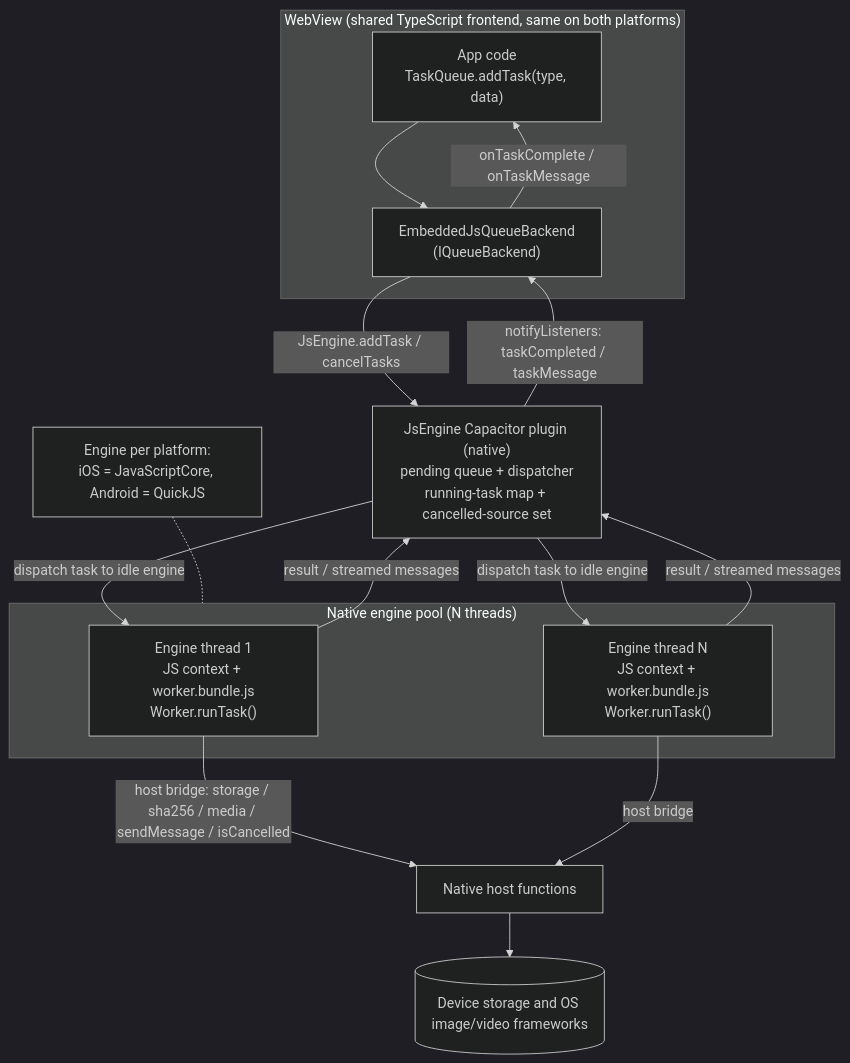
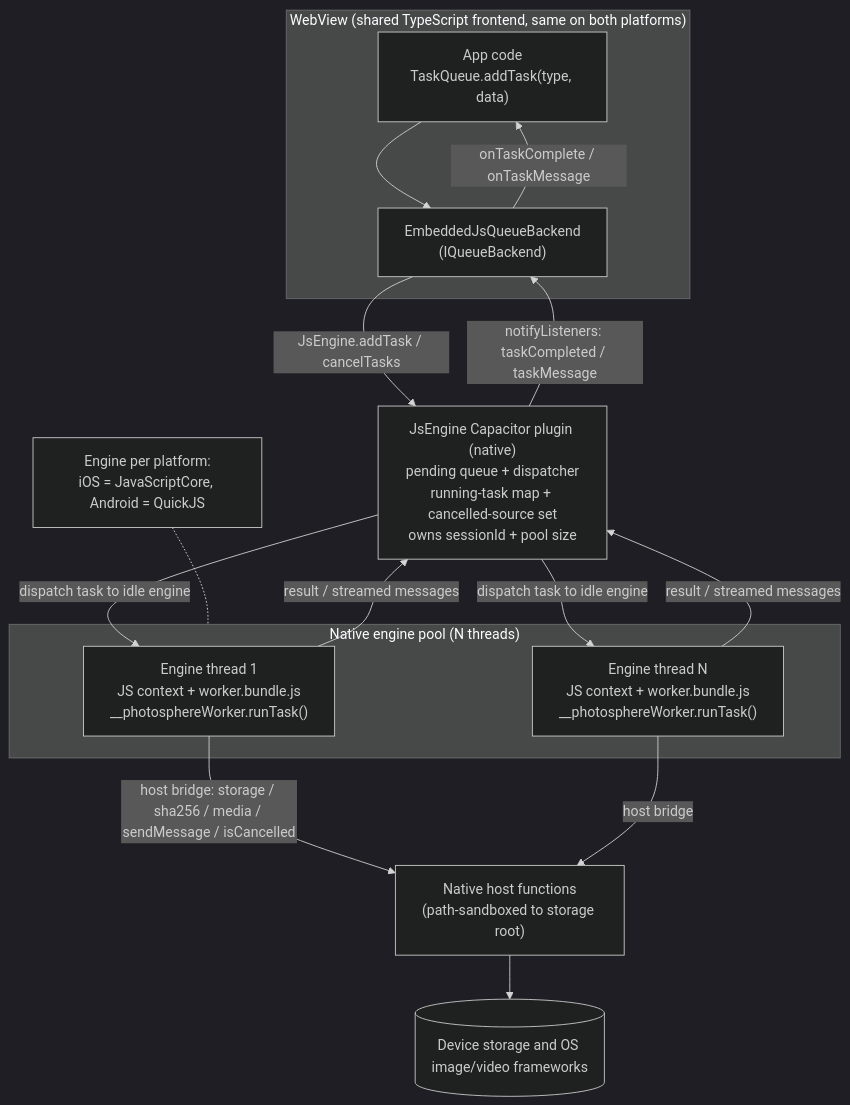
The diagram in docs/plans/new/plan-mobile-background-tasks-options.md (ashleydavis/photosphere), drawn with Mermaid (dark theme) before and after one commit. The commit also changed other lines of this file, not shown here.

````diff
--- a/docs/plans/new/plan-mobile-background-tasks-options.md
+++ b/docs/plans/new/plan-mobile-background-tasks-options.md
@@ -34,28 +34,28 @@
 ```mermaid
 flowchart TD
     subgraph WV["WebView (shared TypeScript frontend, same on both platforms)"]
         APP["App code<br/>TaskQueue.addTask(type, data)"]
         QB["EmbeddedJsQueueBackend<br/>(IQueueBackend)"]
         APP --> QB
         QB -->|"onTaskComplete / onTaskMessage"| APP
     end
 
-    QB -->|"JsEngine.addTask / cancelTasks"| PLUGIN["JsEngine Capacitor plugin (native)<br/>pending queue + dispatcher<br/>running-task map + cancelled-source set"]
+    QB -->|"JsEngine.addTask / cancelTasks"| PLUGIN["JsEngine Capacitor plugin (native)<br/>pending queue + dispatcher<br/>running-task map + cancelled-source set<br/>owns sessionId + pool size"]
     PLUGIN -->|"notifyListeners: taskCompleted / taskMessage"| QB
 
     subgraph POOL["Native engine pool (N threads)"]
-        E1["Engine thread 1<br/>JS context + worker.bundle.js<br/>Worker.runTask()"]
-        EN["Engine thread N<br/>JS context + worker.bundle.js<br/>Worker.runTask()"]
+        E1["Engine thread 1<br/>JS context + worker.bundle.js<br/>__photosphereWorker.runTask()"]
+        EN["Engine thread N<br/>JS context + worker.bundle.js<br/>__photosphereWorker.runTask()"]
     end
 
     PLUGIN -->|"dispatch task to idle engine"| E1
     PLUGIN -->|"dispatch task to idle engine"| EN
     E1 -->|"result / streamed messages"| PLUGIN
     EN -->|"result / streamed messages"| PLUGIN
 
-    E1 -->|"host bridge: storage / sha256 / media / sendMessage / isCancelled"| HOST["Native host functions"]
+    E1 -->|"host bridge: storage / sha256 / media / sendMessage / isCancelled"| HOST["Native host functions<br/>(path-sandboxed to storage root)"]
     EN -->|"host bridge"| HOST
     HOST --> FS[("Device storage and OS image/video frameworks")]
 
     ENGINE["Engine per platform:<br/>iOS = JavaScriptCore, Android = QuickJS"] -.- POOL
 ```
````
